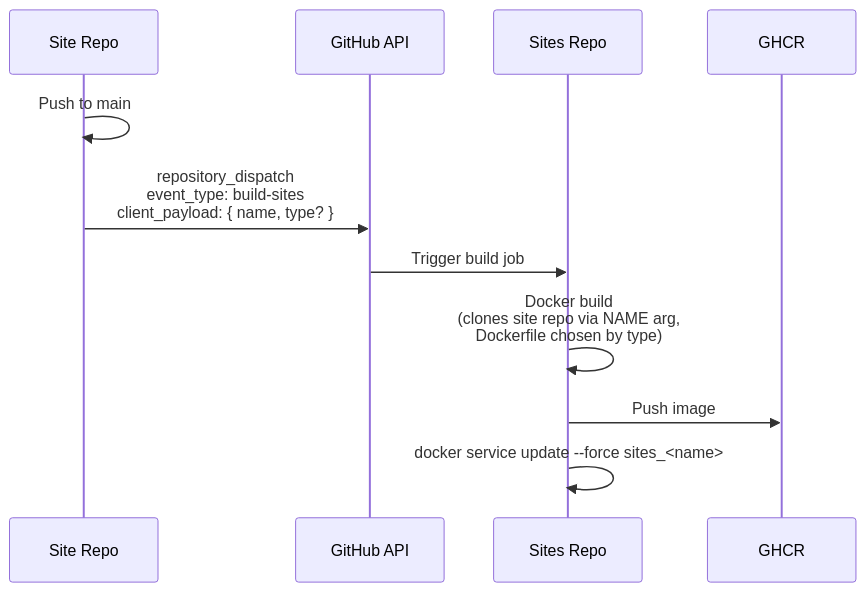
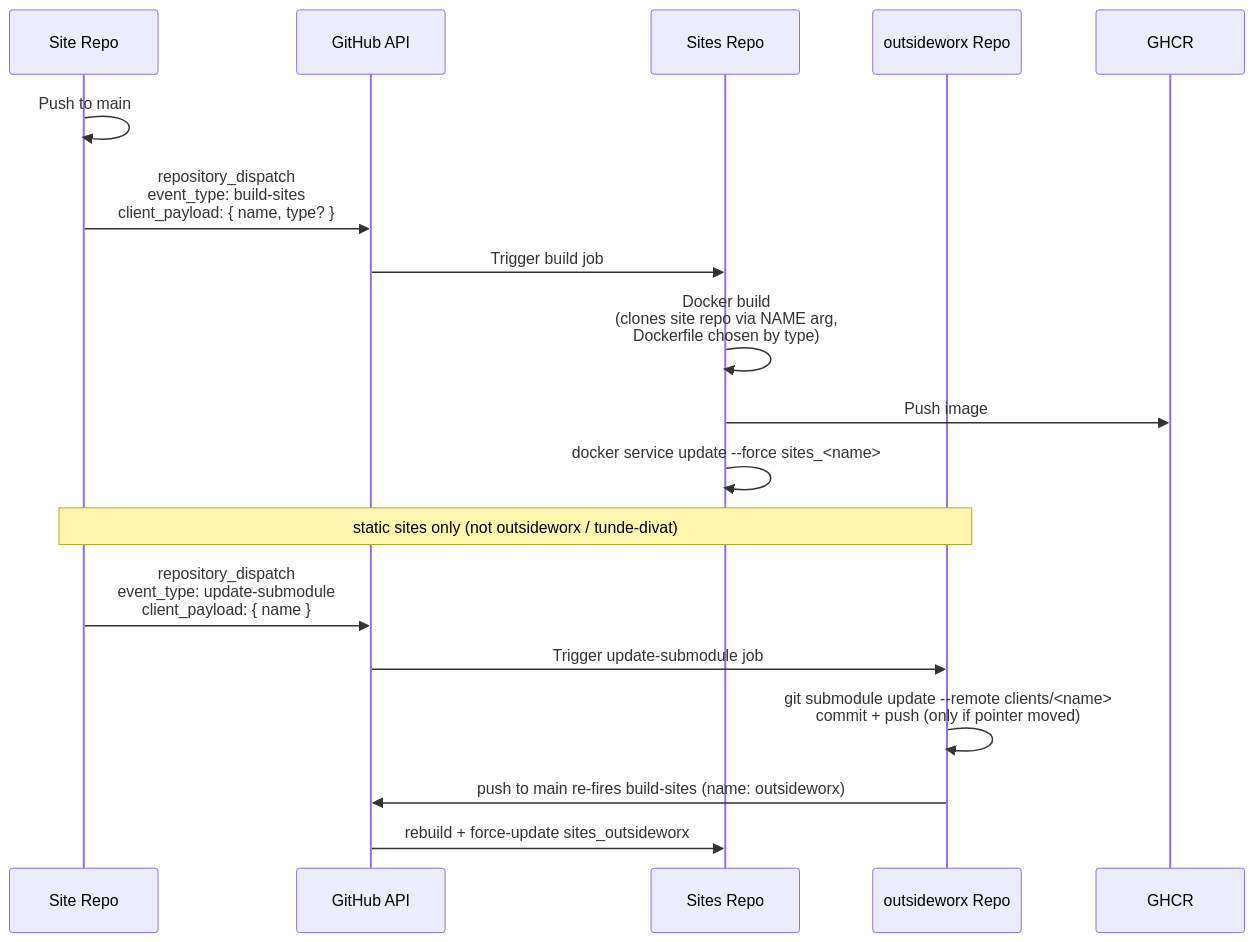
One commit to outsideworx/.kiro changed the third of 3 diagrams in prompts/outsideworx/github-actions.md. Above: the diagram before and after it, drawn with Mermaid. The commit also changed other lines of this file and 2 other files, not shown here.

Commit message:
Added /clients deployment hook.

````diff
--- a/prompts/outsideworx/github-actions.md
+++ b/prompts/outsideworx/github-actions.md
@@ -74,14 +74,22 @@
 ```mermaid
 sequenceDiagram
     participant SiteRepo as Site Repo
     participant API as GitHub API
     participant SitesRepo as Sites Repo
+    participant WorxRepo as outsideworx Repo
     participant GHCR as GHCR
 
     SiteRepo->>SiteRepo: Push to main
     SiteRepo->>API: repository_dispatch<br/>event_type: build-sites<br/>client_payload: { name, type? }
     API->>SitesRepo: Trigger build job
     SitesRepo->>SitesRepo: Docker build<br/>(clones site repo via NAME arg,<br/>Dockerfile chosen by type)
     SitesRepo->>GHCR: Push image
     SitesRepo->>SitesRepo: docker service update --force sites_<name>
+
+    Note over SiteRepo,WorxRepo: static sites only (not outsideworx / tunde-divat)
+    SiteRepo->>API: repository_dispatch<br/>event_type: update-submodule<br/>client_payload: { name }
+    API->>WorxRepo: Trigger update-submodule job
+    WorxRepo->>WorxRepo: git submodule update --remote clients/<name><br/>commit + push (only if pointer moved)
+    WorxRepo->>API: push to main re-fires build-sites (name: outsideworx)
+    API->>SitesRepo: rebuild + force-update sites_outsideworx
 ```
````
